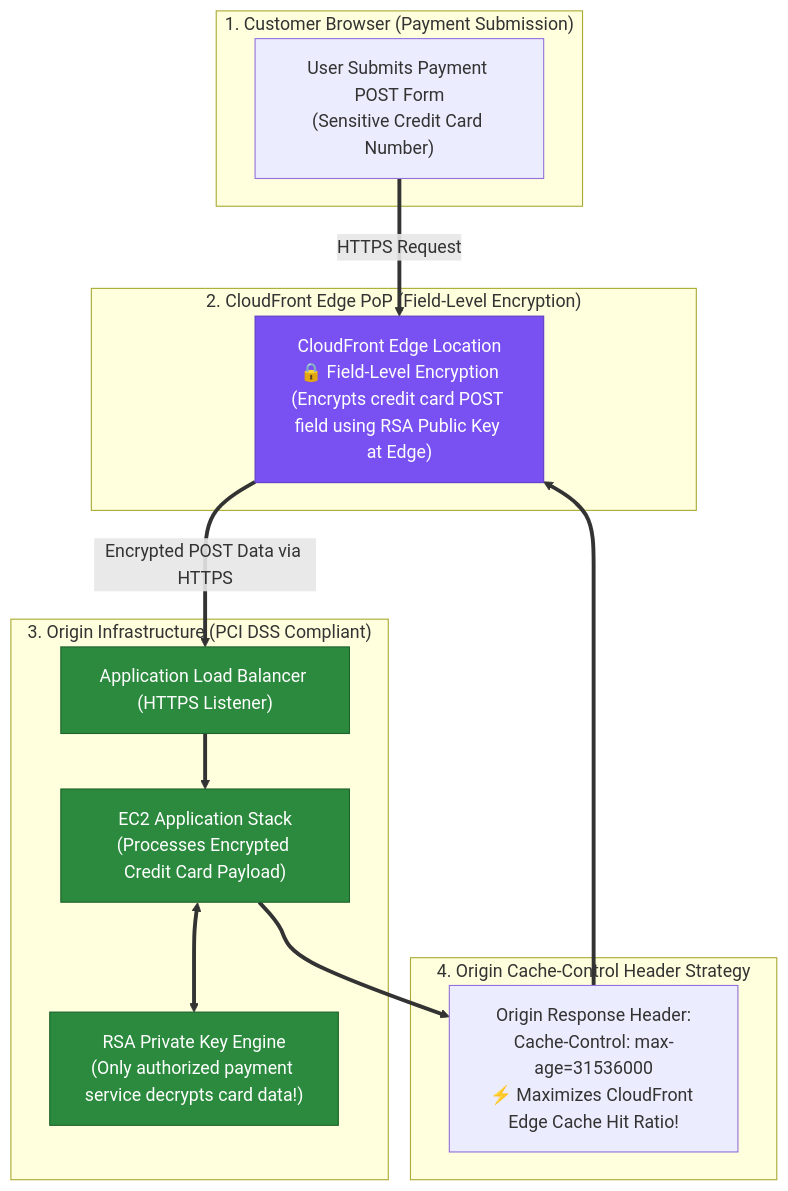
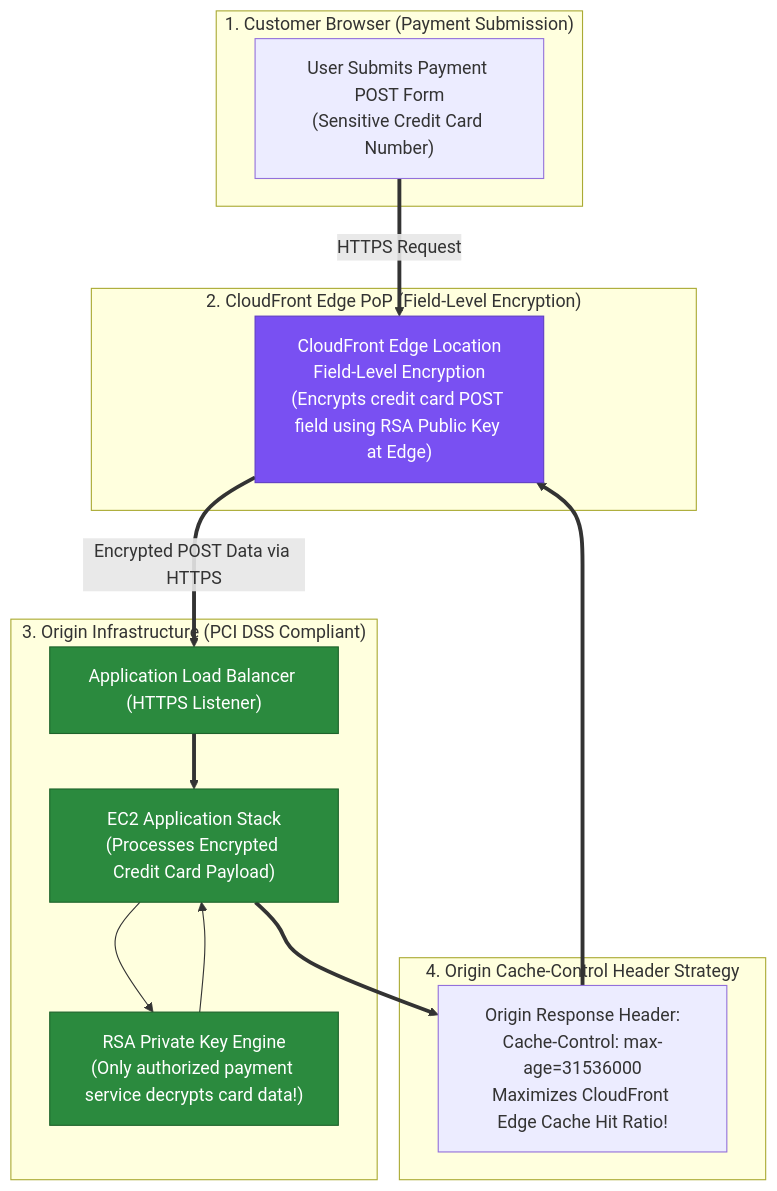
The seventh of 20 diagrams in Professional/3.3 Global service offerings (for example, AWS Global Accelerator, Amazon CloudFront, edge computing services).md (ReginRavi/AIP-C01), drawn with Mermaid before and after one commit. The commit also changed other lines of this file and 1 other file, not shown here.

Commit message:
Fix mermaid diagram syntax in Global service offerings and High-performing systems architectures notes

````diff
--- a/Professional/3.3 Global service offerings (for example, AWS Global Accelerator, Amazon CloudFront, edge computing services).md
+++ b/Professional/3.3 Global service offerings (for example, AWS Global Accelerator, Amazon CloudFront, edge computing services).md
@@ -325,30 +340,34 @@
 ```mermaid
 flowchart TD
-    subgraph ClientLayer["1. Customer Browser (Payment Submission)"]
+    subgraph ClientLayer ["1. Customer Browser (Payment Submission)"]
         User["User Submits Payment POST Form<br/>(Sensitive Credit Card Number)"]
     end
 
-    subgraph EdgeEncryption["2. CloudFront Edge PoP (Field-Level Encryption)"]
-        CF_Edge["CloudFront Edge Location<br/>🔒 Field-Level Encryption<br/>(Encrypts credit card POST field using RSA Public Key at Edge)"]
-        User ==>|"HTTPS Request"| CF_Edge
+    subgraph EdgeEncryption ["2. CloudFront Edge PoP (Field-Level Encryption)"]
+        CF_Edge["CloudFront Edge Location<br/>Field-Level Encryption<br/>(Encrypts credit card POST field using RSA Public Key at Edge)"]
     end
 
-    subgraph OriginAppStack["3. Origin Infrastructure (PCI DSS Compliant)"]
+    subgraph OriginAppStack ["3. Origin Infrastructure (PCI DSS Compliant)"]
         ALB["Application Load Balancer (HTTPS Listener)"]
         EC2_App["EC2 Application Stack<br/>(Processes Encrypted Credit Card Payload)"]
         PrivKey["RSA Private Key Engine<br/>(Only authorized payment service decrypts card data!)"]
-
-        CF_Edge ==>|"Encrypted POST Data via HTTPS"| ALB ==> EC2_App <==> PrivKey
     end
 
-    subgraph CacheHitOptimization["4. Origin Cache-Control Header Strategy"]
-        OriginHeader["Origin Response Header:<br/>Cache-Control: max-age=31536000<br/>⚡ Maximizes CloudFront Edge Cache Hit Ratio!"]
-        EC2_App ==> OriginHeader ==> CF_Edge
+    subgraph CacheHitOptimization ["4. Origin Cache-Control Header Strategy"]
+        OriginHeader["Origin Response Header:<br/>Cache-Control: max-age=31536000<br/>Maximizes CloudFront Edge Cache Hit Ratio!"]
     end
+
+    User ==>|"HTTPS Request"| CF_Edge
+    CF_Edge ==>|"Encrypted POST Data via HTTPS"| ALB
+    ALB ==> EC2_App
+    EC2_App --> PrivKey
+    PrivKey --> EC2_App
+    EC2_App ==> OriginHeader
+    OriginHeader ==> CF_Edge
 
     classDef edge fill:#7950f2,stroke:#5f3dc4,color:#ffffff;
     classDef app fill:#2b8a3e,stroke:#1e632b,color:#ffffff;
 
     class CF_Edge edge;
     class ALB,EC2_App,PrivKey app;
 ```
````
